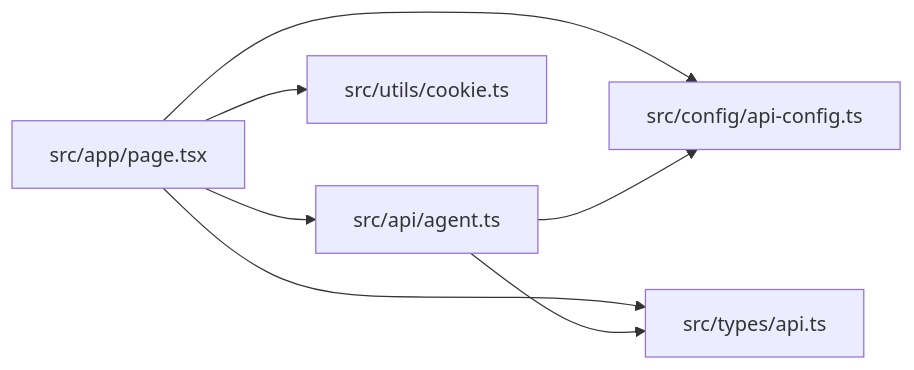
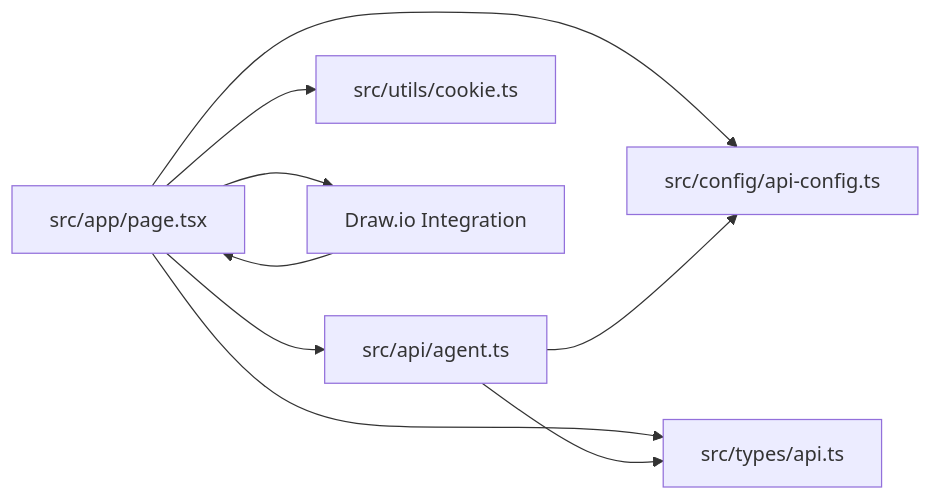
One commit to shrekboss/agent-draw-io-front changed the tenth of 10 diagrams in .qoder/repowiki/en/content/AI Agent Integration.md. Above: the diagram before and after it, drawn with Mermaid. The commit also changed other lines of this file and 13 other files, not shown here.

Commit message:
feat(agent-draw-io-front): 优化交互式画图

````diff
--- a/.qoder/repowiki/en/content/AI Agent Integration.md
+++ b/.qoder/repowiki/en/content/AI Agent Integration.md
@@ -378,9 +428,11 @@
 ```mermaid
 graph LR
 Page["src/app/page.tsx"] --> Agent["src/api/agent.ts"]
 Page --> Config["src/config/api-config.ts"]
 Page --> Types["src/types/api.ts"]
 Page --> Cookie["src/utils/cookie.ts"]
+Page --> Drawio["Draw.io Integration"]
 Agent --> Config
 Agent --> Types
+Drawio --> Page
 ```
````
